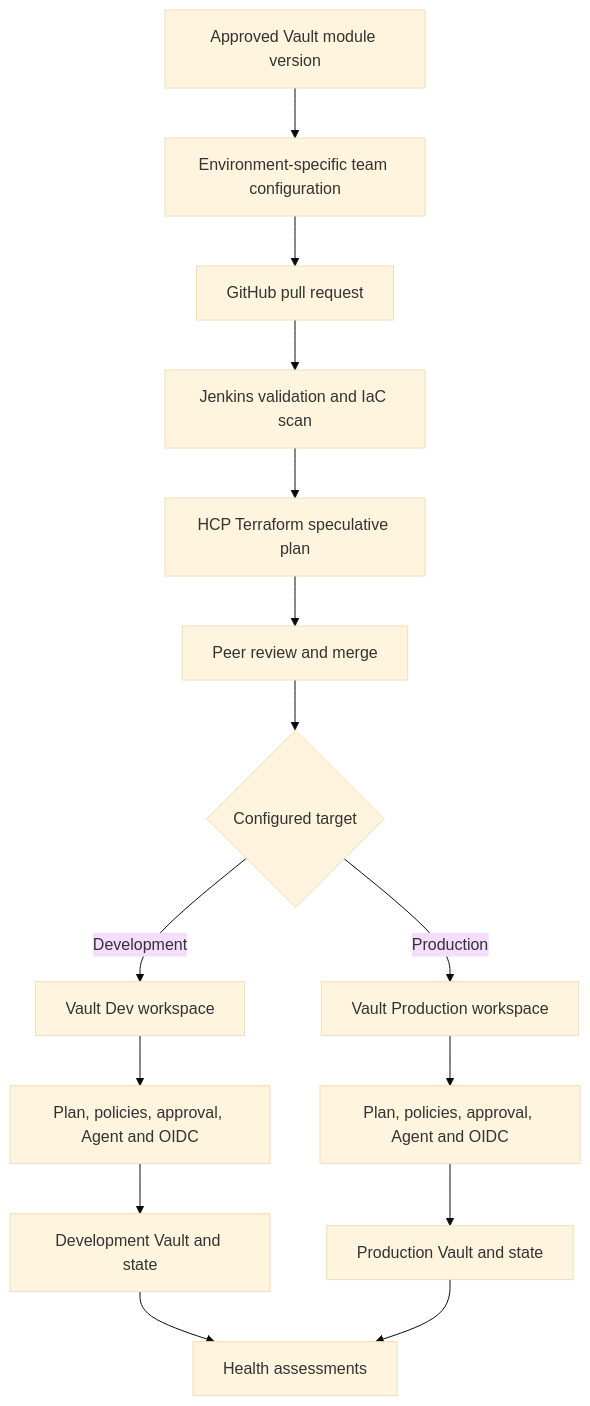
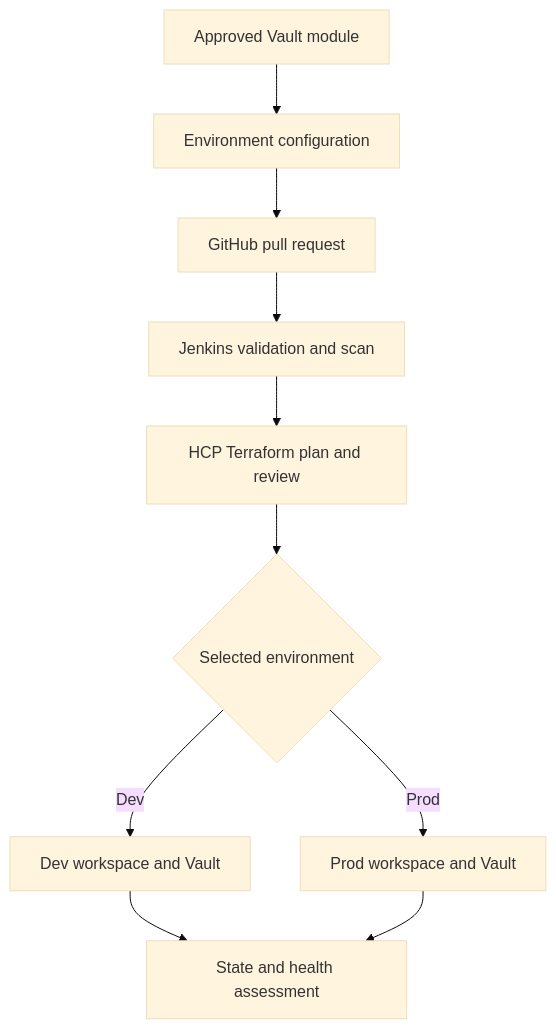
One commit to therayy/terraform-ntax changed the first of 4 diagrams in README.md. Above: the diagram before and after it, drawn with Mermaid (base theme). The commit also changed other lines of this file, not shown here.

````diff
--- a/README.md
+++ b/README.md
@@ -111,17 +110,12 @@
 ```mermaid
 flowchart TD
-    A["Approved Vault module version"] --> B["Environment-specific team configuration"]
+    A["Approved Vault module"] --> B["Environment configuration"]
     B --> C["GitHub pull request"]
-    C --> D["Jenkins validation and IaC scan"]
-    D --> E["HCP Terraform speculative plan"]
-    E --> F["Peer review and merge"]
-    F --> G{"Configured target"}
-    G -->|Development| H["Vault Dev workspace"]
-    G -->|Production| I["Vault Production workspace"]
-    H --> J["Plan, policies, approval, Agent and OIDC"]
-    I --> K["Plan, policies, approval, Agent and OIDC"]
-    J --> L["Development Vault and state"]
-    K --> M["Production Vault and state"]
-    L --> N["Health assessments"]
-    M --> N
+    C --> D["Jenkins validation and scan"]
+    D --> E["HCP Terraform plan and review"]
+    E --> F{"Selected environment"}
+    F -->|Dev| G["Dev workspace and Vault"]
+    F -->|Prod| H["Prod workspace and Vault"]
+    G --> I["State and health assessment"]
+    H --> I
 ```
````
